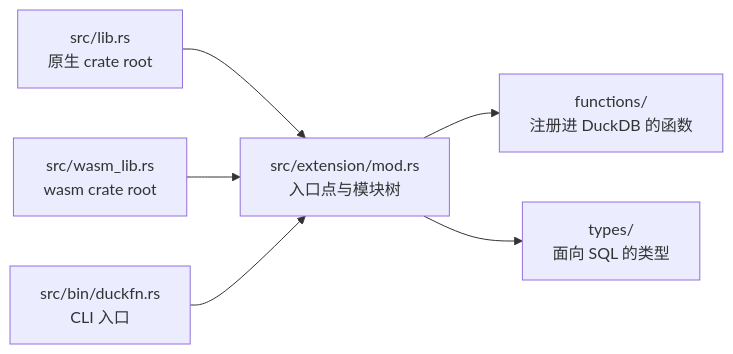
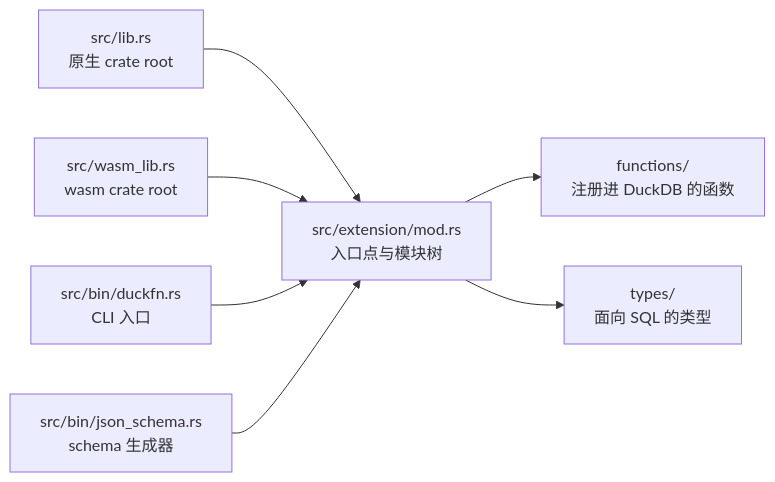
One commit to shijianjs/duckfn-kuva changed the diagram in docs/i18n/zh-Hans/docusaurus-plugin-content-docs/current/development/project-structure.md. Above: the diagram before and after it, drawn with Mermaid. The commit also changed other lines of this file and 80 other files, not shown here.

First line of the commit message:
feat(sdk): 程序生成 JSON Schema，真相源是 Rust 类型

````diff
--- a/docs/i18n/zh-Hans/docusaurus-plugin-content-docs/current/development/project-structure.md
+++ b/docs/i18n/zh-Hans/docusaurus-plugin-content-docs/current/development/project-structure.md
@@ -46,8 +49,9 @@
 ```mermaid
 flowchart LR
     native["src/lib.rs<br/>原生 crate root"] --> tree["src/extension/mod.rs<br/>入口点与模块树"]
     wasm["src/wasm_lib.rs<br/>wasm crate root"] --> tree
     cli["src/bin/duckfn.rs<br/>CLI 入口"] --> tree
+    schema["src/bin/json_schema.rs<br/>schema 生成器"] --> tree
     tree --> functions["functions/<br/>注册进 DuckDB 的函数"]
     tree --> types["types/<br/>面向 SQL 的类型"]
 ```
````
